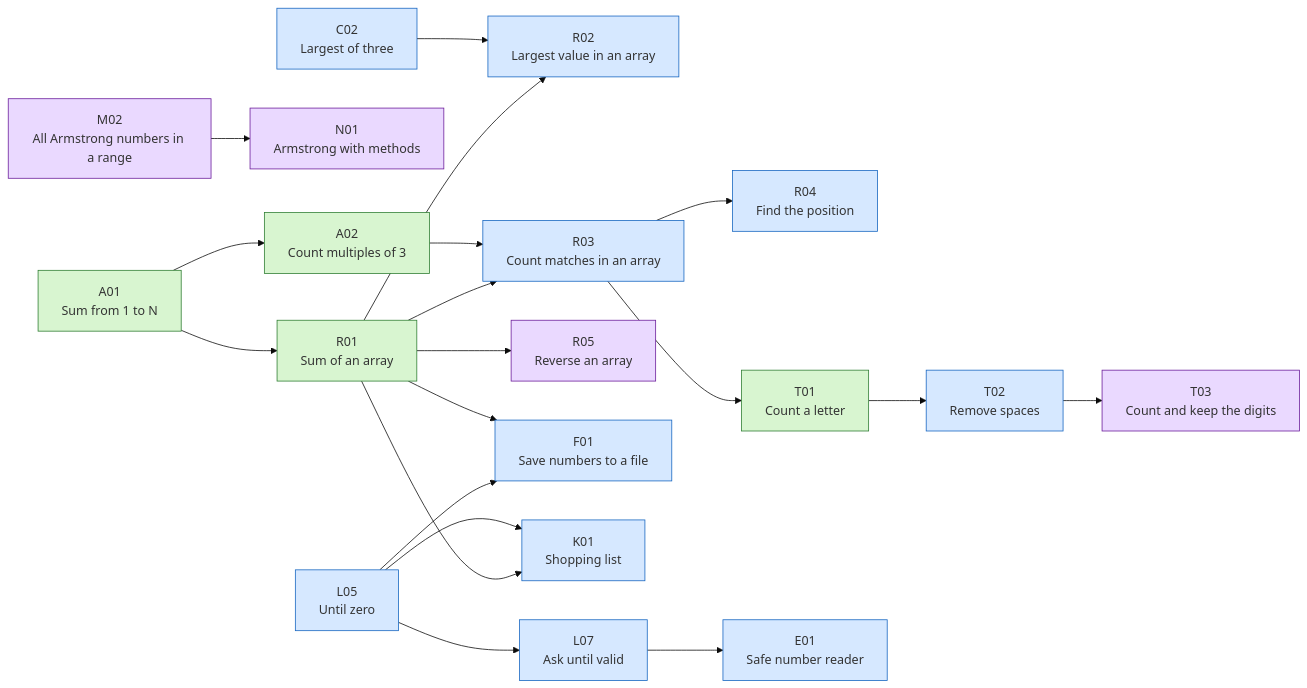
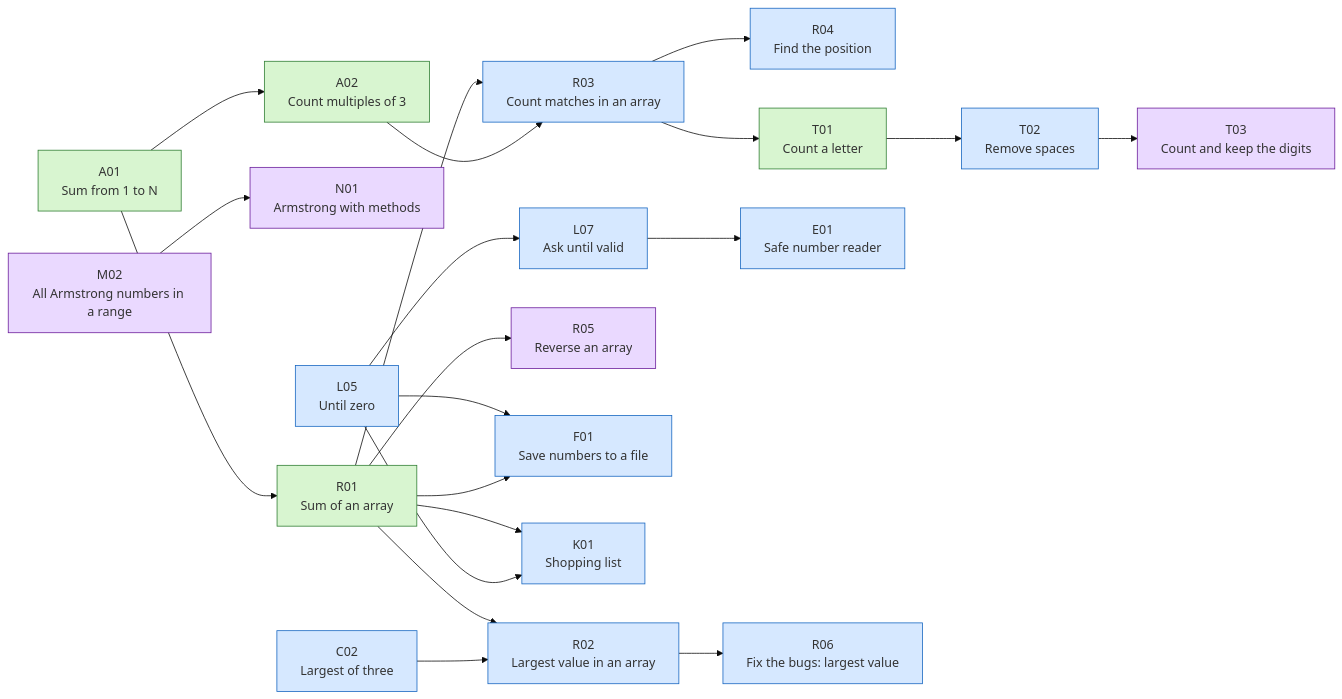
Before and after one commit to lfarci/csharp-programming-fundamentals: the third of 3 diagrams in exercises/dependency-graph.md, drawn with Mermaid (base theme). The commit also changed other lines of this file and 64 other files, not shown here.

````diff
--- a/exercises/dependency-graph.md
+++ b/exercises/dependency-graph.md
@@ -130,45 +144,47 @@
 ```mermaid
 flowchart LR
     accTitle: After loops (steps 5–10)
     accDescr: Each box is one exercise. An arrow from X to Y means do X before Y. The same order is written as text in the Before column of the inventory.
     classDef guided fill:#d8f5d0,stroke:#2e7d32
     classDef indep fill:#d6e8ff,stroke:#1565c0
     classDef chall fill:#ead9ff,stroke:#6a1b9a
     classDef teacher stroke-width:4px
     R01["R01<br/>Sum of an array"]:::guided
     R02["R02<br/>Largest value in an array"]:::indep
     R03["R03<br/>Count matches in an array"]:::indep
     R04["R04<br/>Find the position"]:::indep
     R05["R05<br/>Reverse an array"]:::chall
     T01["T01<br/>Count a letter"]:::guided
     T02["T02<br/>Remove spaces"]:::indep
     T03["T03<br/>Count and keep the digits"]:::chall
     F01["F01<br/>Save numbers to a file"]:::indep
     E01["E01<br/>Safe number reader"]:::indep
     K01["K01<br/>Shopping list"]:::indep
     N01["N01<br/>Armstrong with methods"]:::chall
+    R06["R06<br/>Fix the bugs: largest value"]:::indep
     A01["A01<br/>Sum from 1 to N"]:::guided
     A02["A02<br/>Count multiples of 3"]:::guided
     C02["C02<br/>Largest of three"]:::indep
     L05["L05<br/>Until zero"]:::indep
     L07["L07<br/>Ask until valid"]:::indep
     M02["M02<br/>All Armstrong numbers in a range"]:::chall
     A01 --> R01
     R01 --> R02
     C02 --> R02
     R01 --> R03
     A02 --> R03
     R03 --> R04
     R01 --> R05
     R03 --> T01
     T01 --> T02
     T02 --> T03
     L05 --> F01
     R01 --> F01
     L07 --> E01
     R01 --> K01
     L05 --> K01
     M02 --> N01
+    R02 --> R06
     A01 --> A02
     L05 --> L07
 ```
````
